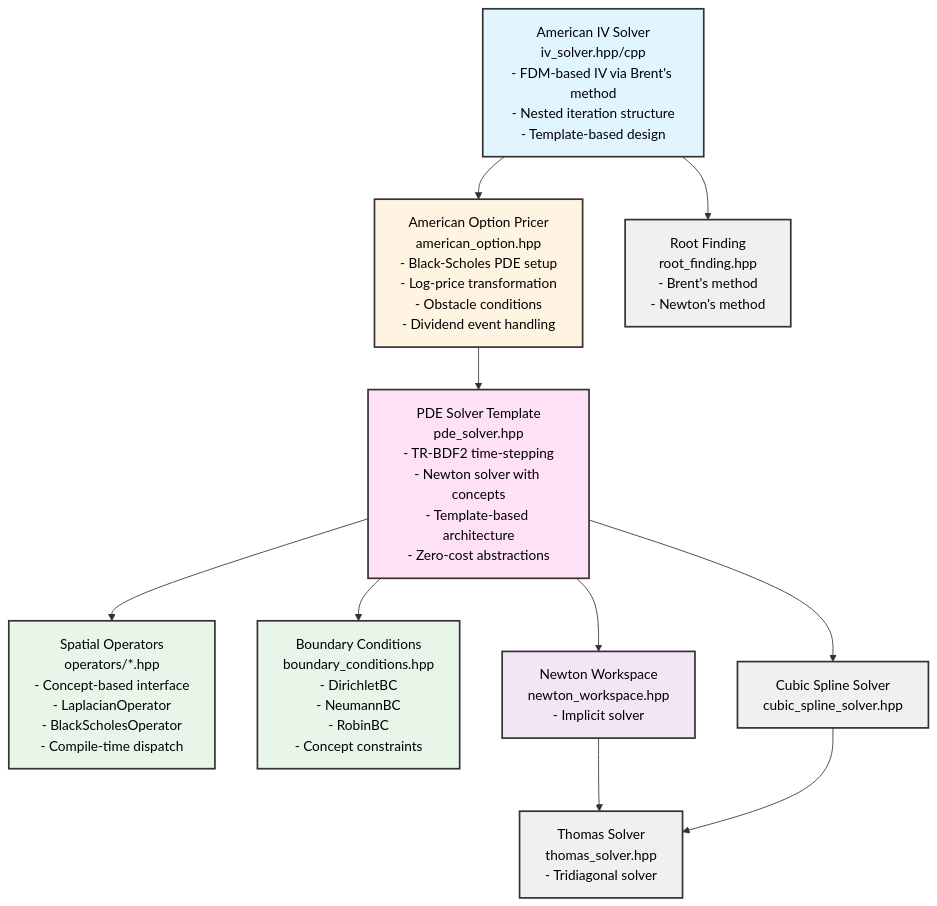
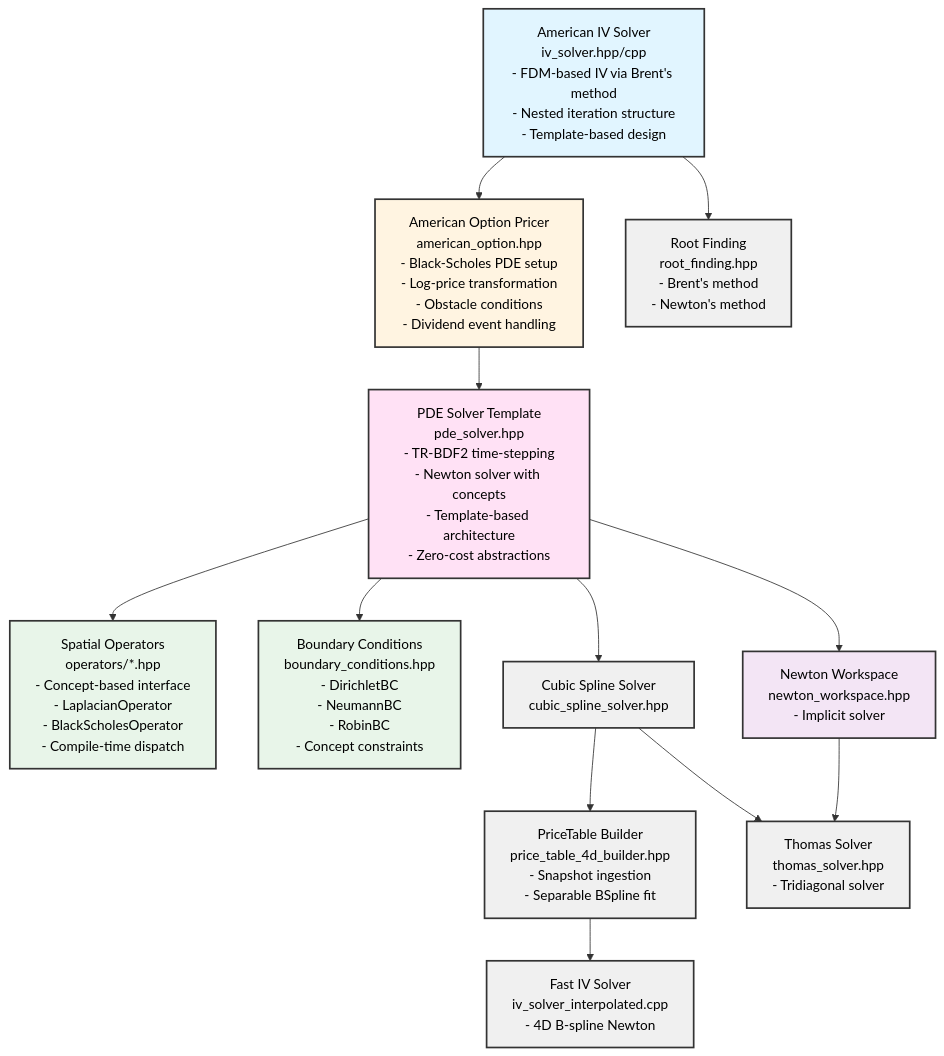
Before and after one commit to accelas/mango-option: the first of 3 diagrams in docs/ARCHITECTURE.md, drawn with Mermaid. The commit also changed other lines of this file and 27 other files, not shown here.

````diff
--- a/docs/ARCHITECTURE.md
+++ b/docs/ARCHITECTURE.md
@@ -21,40 +21,46 @@
 ```mermaid
 graph TD
     IV[American IV Solver<br/>iv_solver.hpp/cpp<br/>- FDM-based IV via Brent's method<br/>- Nested iteration structure<br/>- Template-based design]
 
     AO[American Option Pricer<br/>american_option.hpp<br/>- Black-Scholes PDE setup<br/>- Log-price transformation<br/>- Obstacle conditions<br/>- Dividend event handling]
 
     PDE[PDE Solver Template<br/>pde_solver.hpp<br/>- TR-BDF2 time-stepping<br/>- Newton solver with concepts<br/>- Template-based architecture<br/>- Zero-cost abstractions]
 
     OPS[Spatial Operators<br/>operators/*.hpp<br/>- Concept-based interface<br/>- LaplacianOperator<br/>- BlackScholesOperator<br/>- Compile-time dispatch]
 
     BC[Boundary Conditions<br/>boundary_conditions.hpp<br/>- DirichletBC<br/>- NeumannBC<br/>- RobinBC<br/>- Concept constraints]
 
     ROOT[Root Finding<br/>root_finding.hpp<br/>- Brent's method<br/>- Newton's method]
 
     SPLINE[Cubic Spline Solver<br/>cubic_spline_solver.hpp]
+    PTABLE[PriceTable Builder<br/>price_table_4d_builder.hpp<br/>- Snapshot ingestion<br/>- Separable BSpline fit]
+    IVFAST[Fast IV Solver<br/>iv_solver_interpolated.cpp<br/>- 4D B-spline Newton]
 
     THOMAS[Thomas Solver<br/>thomas_solver.hpp<br/>- Tridiagonal solver]
 
     NEWTON[Newton Workspace<br/>newton_workspace.hpp<br/>- Implicit solver]
 
     IV --> ROOT
     IV --> AO
     AO --> PDE
     PDE --> OPS
     PDE --> BC
     PDE --> NEWTON
     PDE --> SPLINE
+    SPLINE --> PTABLE
     NEWTON --> THOMAS
     SPLINE --> THOMAS
+    PTABLE --> IVFAST
 
     style IV fill:#e1f5ff,stroke:#333,stroke-width:2px,color:#000
     style AO fill:#fff4e1,stroke:#333,stroke-width:2px,color:#000
     style PDE fill:#ffe1f5,stroke:#333,stroke-width:2px,color:#000
     style OPS fill:#e8f5e9,stroke:#333,stroke-width:2px,color:#000
     style BC fill:#e8f5e9,stroke:#333,stroke-width:2px,color:#000
     style ROOT fill:#f0f0f0,stroke:#333,stroke-width:2px,color:#000
     style SPLINE fill:#f0f0f0,stroke:#333,stroke-width:2px,color:#000
+    style PTABLE fill:#f0f0f0,stroke:#333,stroke-width:2px,color:#000
+    style IVFAST fill:#f0f0f0,stroke:#333,stroke-width:2px,color:#000
     style THOMAS fill:#f0f0f0,stroke:#333,stroke-width:2px,color:#000
     style NEWTON fill:#f3e5f5,stroke:#333,stroke-width:2px,color:#000
 ```
````
